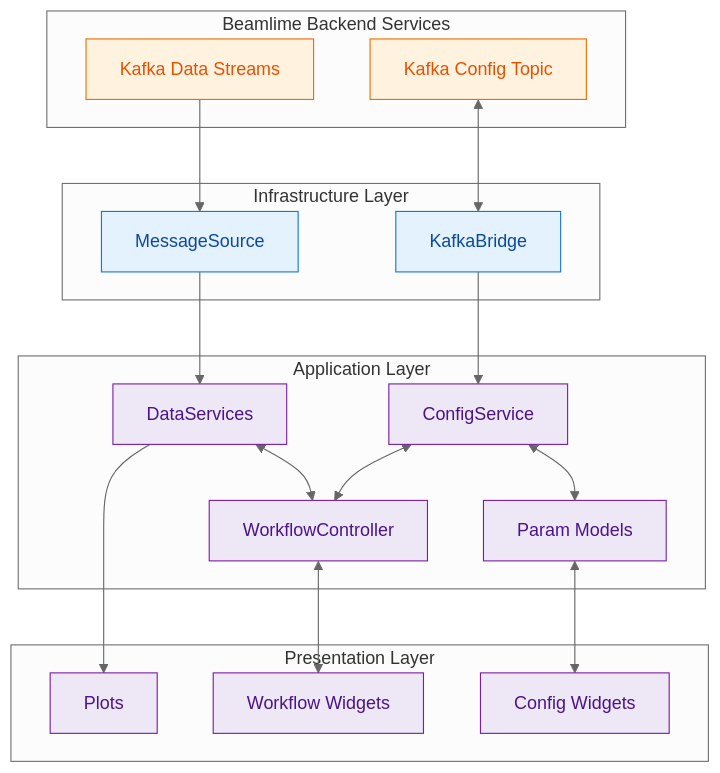
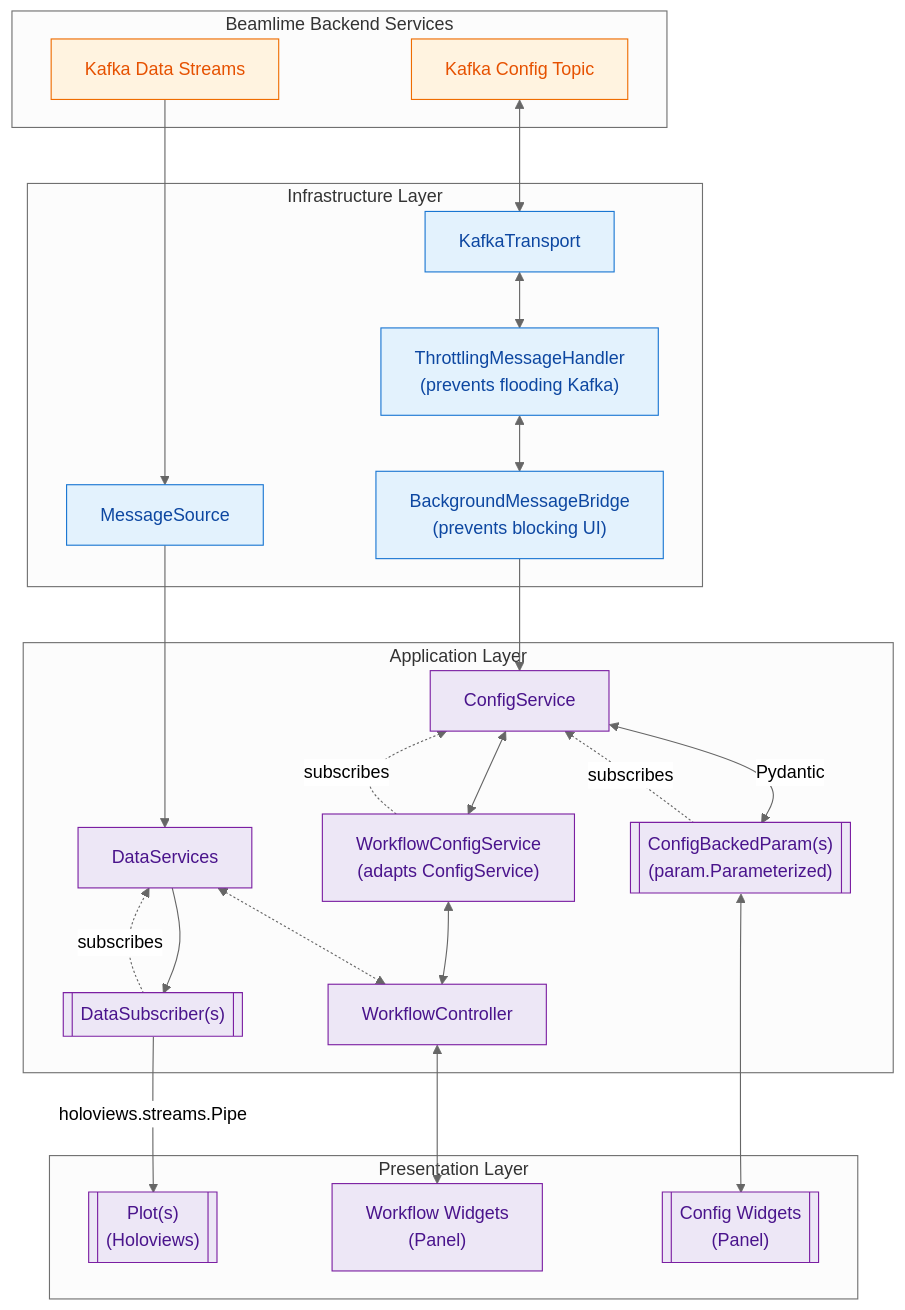
One commit to scipp/beamlime changed the second of 7 diagrams in docs/developer/design/dashboard-architecture.md. Above: the diagram before and after it, drawn with Mermaid (neutral theme). The commit also changed other lines of this file, not shown here.

Commit message:
Improve main diagram, remove confusing one

````diff
--- a/docs/developer/design/dashboard-architecture.md
+++ b/docs/developer/design/dashboard-architecture.md
@@ -76,45 +76,56 @@
 ```mermaid
 graph TD
     subgraph "Beamlime Backend Services"
         K1[Kafka Data Streams]
         K2[Kafka Config Topic]
     end
 
     subgraph "Infrastructure Layer"
-        KB[KafkaBridge]
+        KT[KafkaTransport]
+        TMH["ThrottlingMessageHandler<br>(prevents flooding Kafka)"]
+        MB["BackgroundMessageBridge<br>(prevents blocking UI)"]
         MS[MessageSource]
     end
 
     subgraph "Application Layer"
         CS[ConfigService]
+        WCS["WorkflowConfigService<br>(adapts ConfigService)"]
         DS[DataServices]
-        PM[Param Models]
+        DSU[["DataSubscriber(s)"]]
+        PM[["ConfigBackedParam(s)<br>(param.Parameterized)"]]
         WC[WorkflowController]
     end
 
     subgraph "Presentation Layer"
-        W1[Plots]
-        UI[Workflow Widgets]
-        W2[Config Widgets]
+        W1[["Plot(s)<br>(Holoviews)"]]
+        UI["Workflow Widgets<br>(Panel)"]
+        W2[["Config Widgets<br>(Panel)"]]
     end
 
-    CS <--> WC
-    DS <--> WC
+    DSU -- holoviews.streams.Pipe --> W1
+    WCS <--> WC
+    CS <--> WCS
+    DS <-.-> WC
     WC <--> UI
     K1 --> MS
-    K2 <--> KB
+    K2 <--> KT
     MS --> DS
-    DS --> W1
-    KB --> CS
-    CS <--> PM
+    DS --> DSU
+    DSU -.->|subscribes|DS
+    PM -.->|subscribes|CS
+    WCS -.->|subscribes|CS
+    MB --> CS
+    CS <-- Pydantic --> PM
     PM <--> W2
+    KT <--> TMH
+    TMH <--> MB
 
     classDef kafka fill:#fff3e0,stroke:#ef6c00,color:#e65100;
     classDef infra fill:#e3f2fd,stroke:#1976d2,color:#0d47a1;
     classDef app fill:#ede7f6,stroke:#7b1fa2,color:#4a148c;
     classDef prese fill:#ede7f6,stroke:#7b1fa2,color:#4a148c;
     class K1,K2 kafka;
-    class KB,MS infra;
-    class CS,DS,PM,WC app;
+    class KT,KT,TMH,MB,MS infra;
+    class CS,WCS,DS,DSU,PM,WC app;
     class W1,UI,W2 prese;
 ```
````
